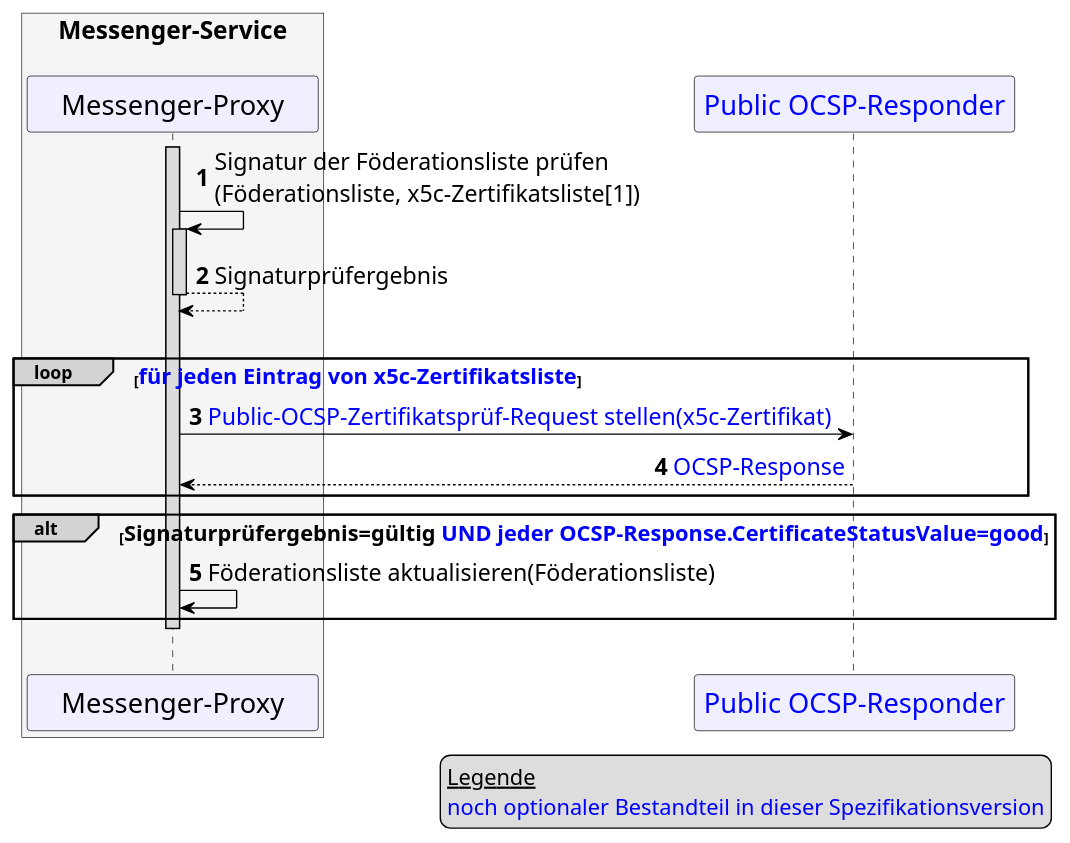
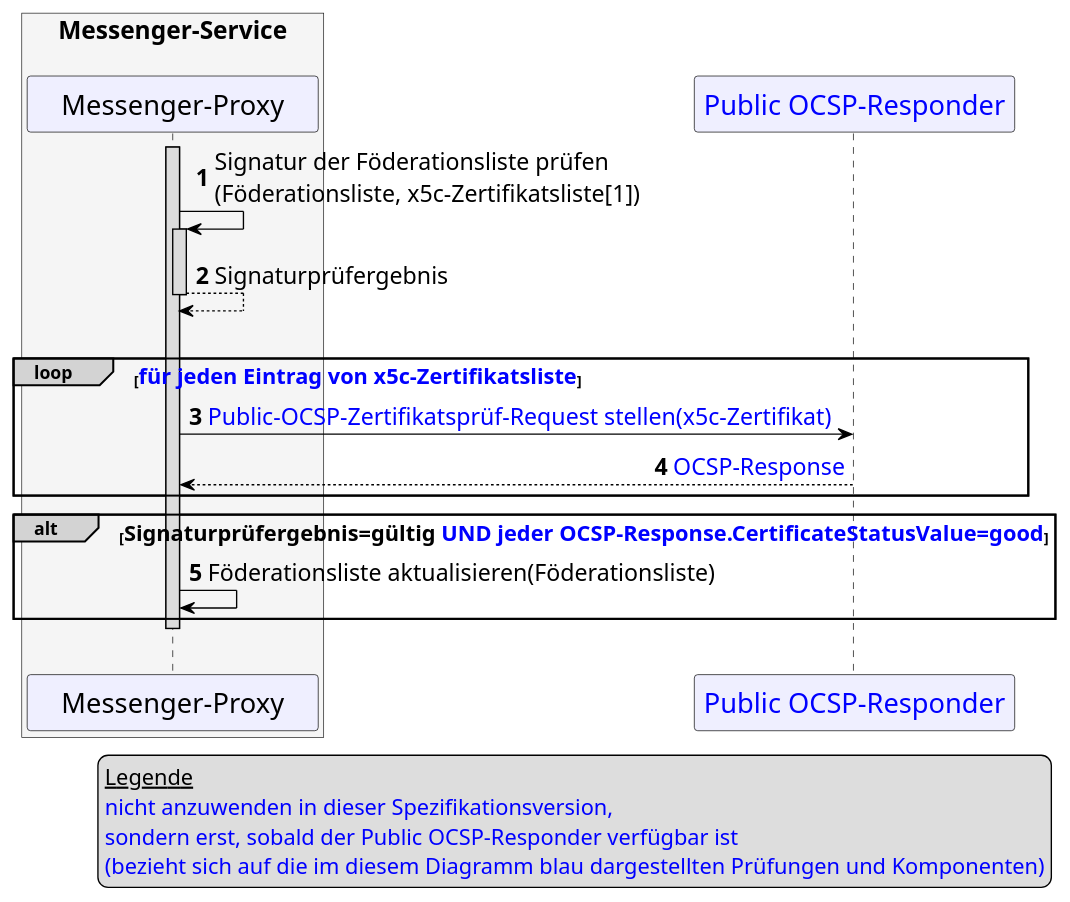
The diagram in src/plantuml/TI-Messenger-Dienst/Ressourcen/UC_Update_Federationlist_SignCheck.puml (gematik/api-ti-messenger), drawn with PlantUML before and after one commit.

```diff
--- a/src/plantuml/TI-Messenger-Dienst/Ressourcen/UC_Update_Federationlist_SignCheck.puml
+++ b/src/plantuml/TI-Messenger-Dienst/Ressourcen/UC_Update_Federationlist_SignCheck.puml
@@ -9,55 +9,57 @@
 @startuml
 skinparam sequenceMessageAlign direction
 skinparam minClassWidth 200
 skinparam BoxPadding 1
 skinparam sequenceReferenceHeaderBackgroundColor palegreen
 scale max 2048 width
 
 skinparam sequence {
 ArrowColor black
 ArrowFontSize 17
 ActorBorderColor black
 LifeLineBorderColor black
 LifeLineBackgroundColor Gainsboro
 
 ParticipantBorderColor Motivation
 ParticipantBackgroundColor Motivation
 ParticipantFontName Impact
 ParticipantFontSize 20
 ParticipantFontColor black
 ParticipantBorderColor Black
 ParticipantBackgroundColor MOTIVATION
 
 ActorBackgroundColor Gainsboro
 ActorFontColor black
 ActorFontSize 20
 ActorFontName Aapex
 }
 
 autonumber
 
 box <size:18>Messenger-Service\n #WhiteSmoke
 participant MP as "Messenger-Proxy"
 end box
 participant OCSP as "<font color=blue>Public OCSP-Responder</font>"
 
 legend bottom right
     <size:16>__Legende__</size>
-    <size:16><font color=blue>noch optionaler Bestandteil in dieser Spezifikationsversion</font></size>
+    <size:16><font color=blue>nicht anzuwenden in dieser Spezifikationsversion,</font></size>
+    <size:16><font color=blue>sondern erst, sobald der Public OCSP-Responder verfügbar ist</font></size>
+    <size:16><font color=blue>(bezieht sich auf die im diesem Diagramm blau dargestellten Prüfungen und Komponenten)</font></size>
 endlegend
 
 activate MP
 MP->MP++: Signatur der Föderationsliste prüfen\n(Föderationsliste, x5c-Zertifikatsliste[1])
 return Signaturprüfergebnis
 |||
 loop#LightGrey <size:16><font color=blue>für jeden Eintrag von x5c-Zertifikatsliste</font></size>
   MP->OCSP: <font color=blue>Public-OCSP-Zertifikatsprüf-Request stellen(x5c-Zertifikat)</font>
   MP<--OCSP: <font color=blue>OCSP-Response</font>
 end
 alt#LightGrey <size:16>Signaturprüfergebnis=gültig <font color=blue>UND jeder OCSP-Response.CertificateStatusValue=good</font></size>
   MP->MP: Föderationsliste aktualisieren(Föderationsliste)
 end
 deactivate MP
 |||
 
 @enduml
```
